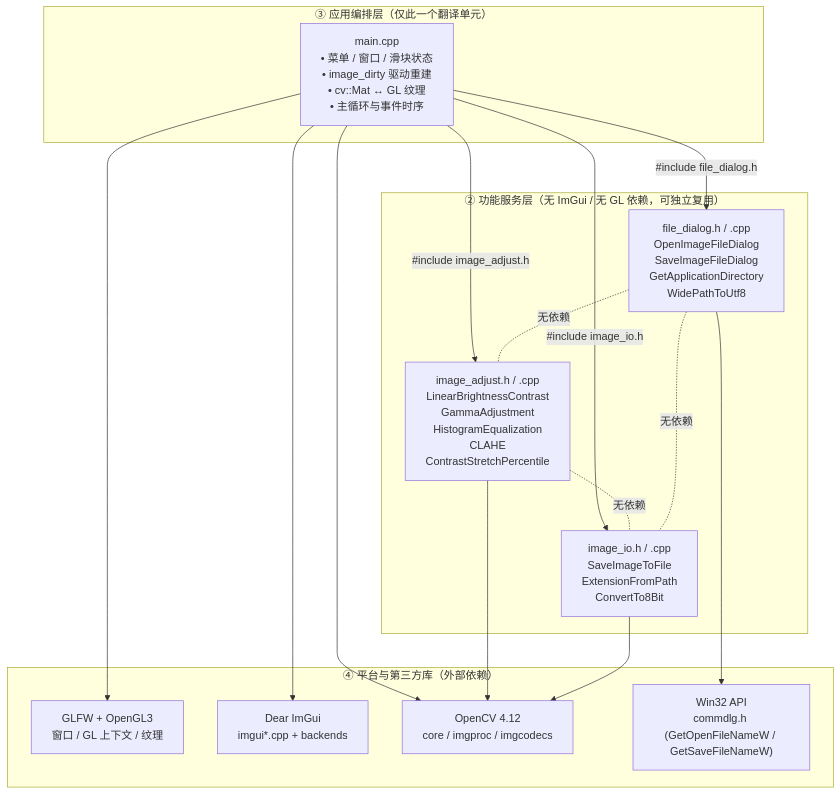
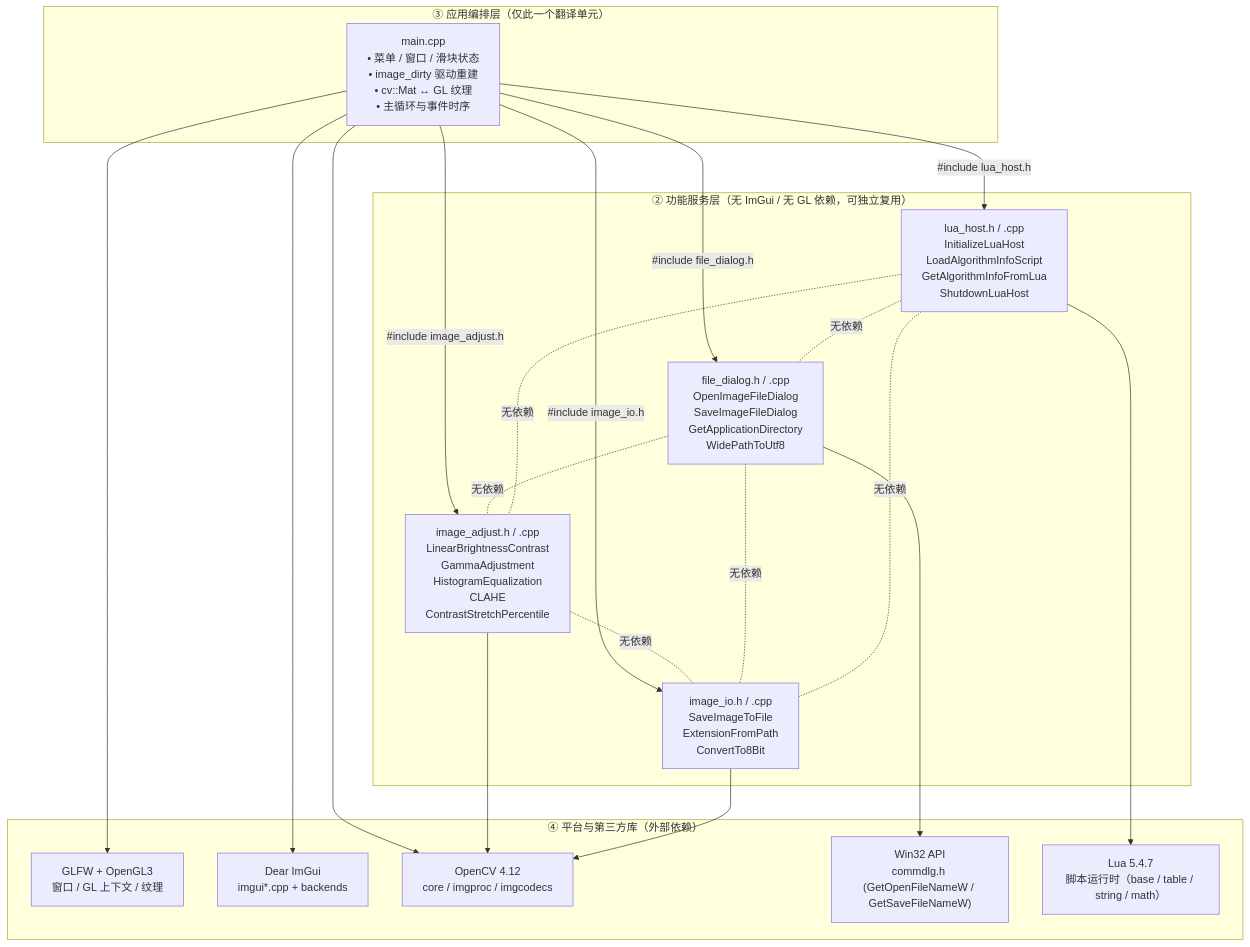
The first of 3 diagrams in README.md (YunKaiRiYueLang/image_contrast_light_tools), drawn with Mermaid before and after one commit. The commit also changed other lines of this file, not shown here.

Commit message:
Document Lua integration in README

````diff
--- a/README.md
+++ b/README.md
@@ -22,33 +23,40 @@
 ```mermaid
 graph TD
     subgraph L4["④ 平台与第三方库（外部依赖）"]
         GLFW["GLFW + OpenGL3<br/>窗口 / GL 上下文 / 纹理"]
         IMGUI["Dear ImGui<br/>imgui*.cpp + backends"]
         OCV["OpenCV 4.12<br/>core / imgproc / imgcodecs"]
         WIN["Win32 API<br/>commdlg.h (GetOpenFileNameW / GetSaveFileNameW)"]
+        LUA["Lua 5.4.7<br/>脚本运行时（base / table / string / math）"]
     end
 
     subgraph L3["③ 应用编排层（仅此一个翻译单元）"]
         MAIN["main.cpp<br/>• 菜单 / 窗口 / 滑块状态<br/>• image_dirty 驱动重建<br/>• cv::Mat ↔ GL 纹理<br/>• 主循环与事件时序"]
     end
 
     subgraph L2["② 功能服务层（无 ImGui / 无 GL 依赖，可独立复用）"]
         FD["file_dialog.h / .cpp<br/>OpenImageFileDialog<br/>SaveImageFileDialog<br/>GetApplicationDirectory<br/>WidePathToUtf8"]
         IA["image_adjust.h / .cpp<br/>LinearBrightnessContrast<br/>GammaAdjustment<br/>HistogramEqualization<br/>CLAHE<br/>ContrastStretchPercentile"]
         IO["image_io.h / .cpp<br/>SaveImageToFile<br/>ExtensionFromPath<br/>ConvertTo8Bit"]
+        LHOST["lua_host.h / .cpp<br/>InitializeLuaHost<br/>LoadAlgorithmInfoScript<br/>GetAlgorithmInfoFromLua<br/>ShutdownLuaHost"]
     end
 
     MAIN -->|"#include file_dialog.h"| FD
     MAIN -->|"#include image_adjust.h"| IA
     MAIN -->|"#include image_io.h"| IO
+    MAIN -->|"#include lua_host.h"| LHOST
     MAIN --> IMGUI
     MAIN --> GLFW
     MAIN --> OCV
     FD --> WIN
     IA --> OCV
     IO --> OCV
+    LHOST --> LUA
 
     FD -. "无依赖" .- IA
     IA -. "无依赖" .- IO
     FD -. "无依赖" .- IO
+    LHOST -. "无依赖" .- FD
+    LHOST -. "无依赖" .- IA
+    LHOST -. "无依赖" .- IO
 ```
````
